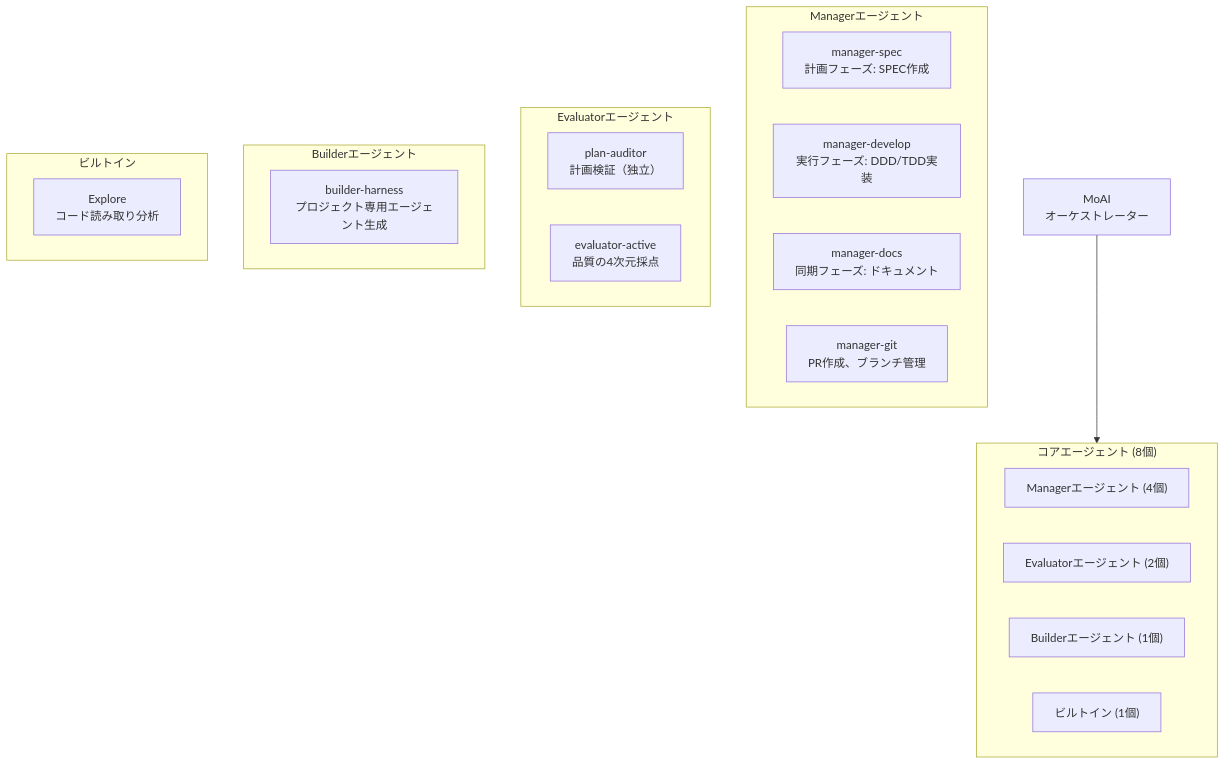
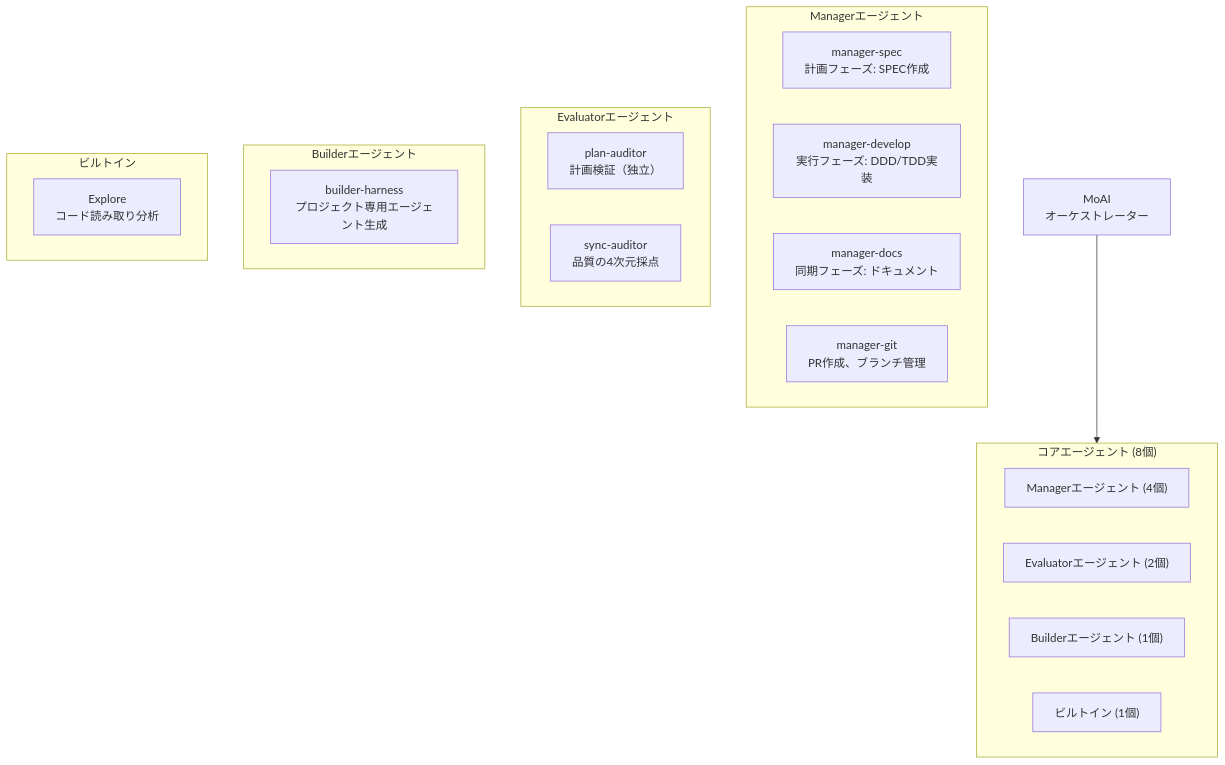
Before and after one commit to modu-ai/moai-adk: the second of 4 diagrams in docs-site/content/ja/advanced/agent-guide.md, drawn with Mermaid. The commit also changed other lines of this file and 149 other files, not shown here.

First line of the commit message:
chore(agents): evaluator-active를 sync-auditor로 rename (plan-auditor phase 대칭)

````diff
--- a/docs-site/content/ja/advanced/agent-guide.md
+++ b/docs-site/content/ja/advanced/agent-guide.md
@@ -59,33 +59,33 @@
 ```mermaid
 flowchart TD
     MOAI["MoAI<br/>オーケストレーター"]
 
     subgraph CORE["コアエージェント (8個)"]
         MANAGER["Managerエージェント (4個)"]
         EVAL["Evaluatorエージェント (2個)"]
         BUILDER["Builderエージェント (1個)"]
         EXPLORE["ビルトイン (1個)"]
     end
 
     subgraph MANAGERAGENTS["Managerエージェント"]
         MS["manager-spec<br/>計画フェーズ: SPEC作成"]
         MD["manager-develop<br/>実行フェーズ: DDD/TDD実装"]
         MDOC["manager-docs<br/>同期フェーズ: ドキュメント"]
         MG["manager-git<br/>PR作成、ブランチ管理"]
     end
 
     subgraph EVALS["Evaluatorエージェント"]
         PA["plan-auditor<br/>計画検証（独立）"]
-        EA["evaluator-active<br/>品質の4次元採点"]
+        EA["sync-auditor<br/>品質の4次元採点"]
     end
 
     subgraph BUILDERS["Builderエージェント"]
         BH["builder-harness<br/>プロジェクト専用エージェント生成"]
     end
 
     subgraph BUILTINS["ビルトイン"]
         EXP["Explore<br/>コード読み取り分析"]
     end
 
     MOAI --> CORE
 ```
````
